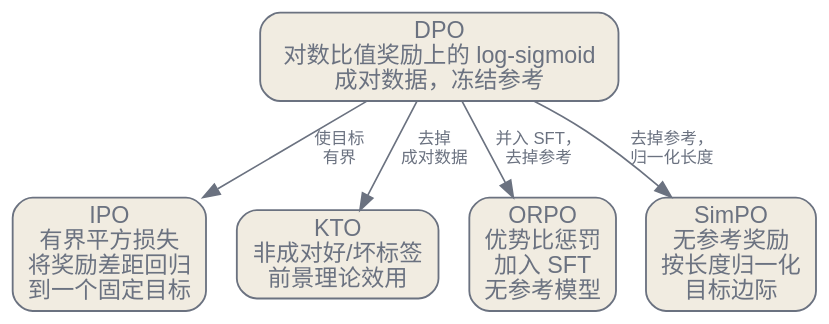
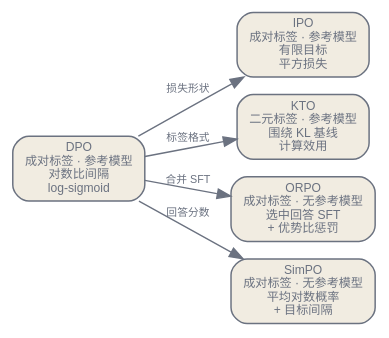
Before and after one commit to latere-ai/ai-as-an-infrastructure: the second of 2 diagrams in zh/adaptation/04-dpo-variants.qmd, drawn with Graphviz. The commit also changed other lines of this file and 2 other files, not shown here.

Commit message:
docs: rewrite Chinese DPO chapter

````diff
--- a/zh/adaptation/04-dpo-variants.qmd
+++ b/zh/adaptation/04-dpo-variants.qmd
@@ -97,22 +177,24 @@
 ```{dot}
 //| label: fig-dpo-variants-map
-//| fig-cap: "每个变体改动 DPO 损失的某一部分。IPO 把目标变得有界；KTO 去掉成对数据要求；ORPO 把对齐折叠进 SFT 并移除参考；SimPO 移除参考并按长度归一化。"
+//| fig-cap: "四种变体改变的是不同设计选择。它们针对不同的数据与流水线约束，并不是同一种算法的连续升级。"
 digraph {
-  rankdir=TB;
+  rankdir=LR;
   bgcolor="transparent";
-  node [shape=box, style="rounded,filled", fillcolor="#f1ece1", color="#6b7280", fontcolor="#6b7280", fontname="Helvetica", penwidth=1.1];
-  edge [color="#6b7280", fontcolor="#6b7280", fontname="Helvetica", fontsize=10];
+  size="3.1,12"; ratio=compress;
+  nodesep=0.18; ranksep=0.42;
+  node [shape=box, style="rounded,filled", fillcolor="#f1ece1", color="#6b7280",
+        fontcolor="#6b7280", fontname="Helvetica", fontsize=9, penwidth=1.1];
+  edge [color="#6b7280", fontcolor="#6b7280", fontname="Helvetica", fontsize=8];
 
-  dpo [label="DPO\n对数比值奖励上的 log-sigmoid\n成对数据，冻结参考"];
+  dpo [label="DPO\n成对标签 · 参考模型\n对数比间隔\nlog-sigmoid"];
+  ipo [label="IPO\n成对标签 · 参考模型\n有限目标\n平方损失"];
+  kto [label="KTO\n二元标签 · 参考模型\n围绕 KL 基线\n计算效用"];
+  orpo [label="ORPO\n成对标签 · 无参考模型\n选中回答 SFT\n+ 优势比惩罚"];
+  simpo [label="SimPO\n成对标签 · 无参考模型\n平均对数概率\n+ 目标间隔"];
 
-  ipo [label="IPO\n有界平方损失\n将奖励差距回归\n到一个固定目标"];
-  kto [label="KTO\n非成对好/坏标签\n前景理论效用"];
-  orpo [label="ORPO\n优势比惩罚\n加入 SFT\n无参考模型"];
-  simpo [label="SimPO\n无参考奖励\n按长度归一化\n目标边际"];
-
-  dpo -> ipo [label="使目标\n有界"];
-  dpo -> kto [label="去掉\n成对数据"];
-  dpo -> orpo [label="并入 SFT，\n去掉参考"];
-  dpo -> simpo [label="去掉参考，\n归一化长度"];
+  dpo -> ipo [label="损失形状"];
+  dpo -> kto [label="标签格式"];
+  dpo -> orpo [label="合并 SFT"];
+  dpo -> simpo [label="回答分数"];
 }
 ```
````
